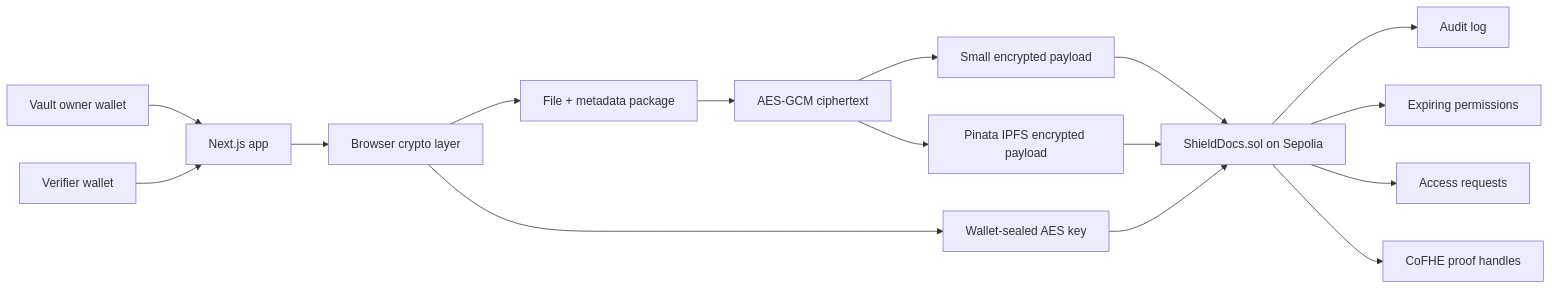
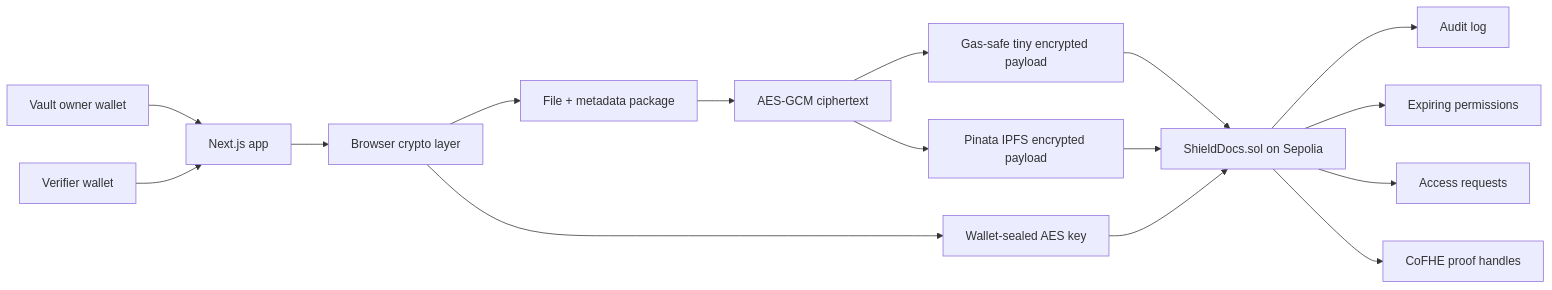
Before and after one commit to akshitaswami2000-lgtm/ShieldDocs: the diagram in README.md, drawn with Mermaid. The commit also changed other lines of this file, not shown here.

Commit message:
Enhance README to clarify gas-efficient storage of ciphertexts and update payload routing for on-chain and IPFS uploads

````diff
--- a/README.md
+++ b/README.md
@@ -152,18 +152,18 @@
 ```mermaid
 flowchart LR
   Owner["Vault owner wallet"] --> UI["Next.js app"]
   Verifier["Verifier wallet"] --> UI
   UI --> Crypto["Browser crypto layer"]
   Crypto --> Pack["File + metadata package"]
   Pack --> AES["AES-GCM ciphertext"]
   Crypto --> Envelope["Wallet-sealed AES key"]
-  AES --> Inline["Small encrypted payload"]
+  AES --> Inline["Gas-safe tiny encrypted payload"]
   AES --> IPFS["Pinata IPFS encrypted payload"]
   Inline --> Contract["ShieldDocs.sol on Sepolia"]
   IPFS --> Contract
   Envelope --> Contract
   Contract --> Audit["Audit log"]
   Contract --> Permissions["Expiring permissions"]
   Contract --> Requests["Access requests"]
   Contract --> Proofs["CoFHE proof handles"]
 ```
````
